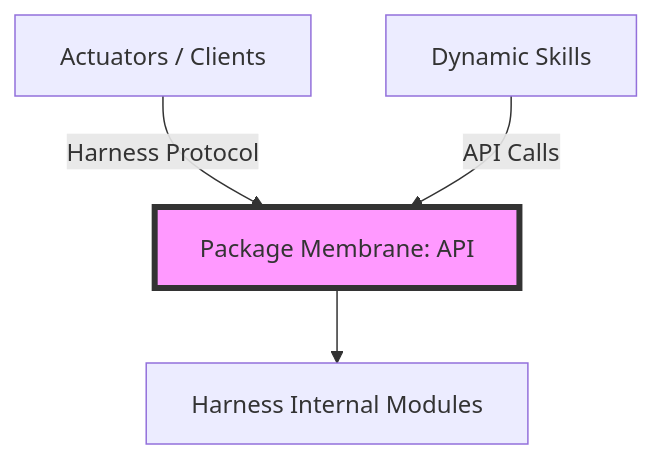
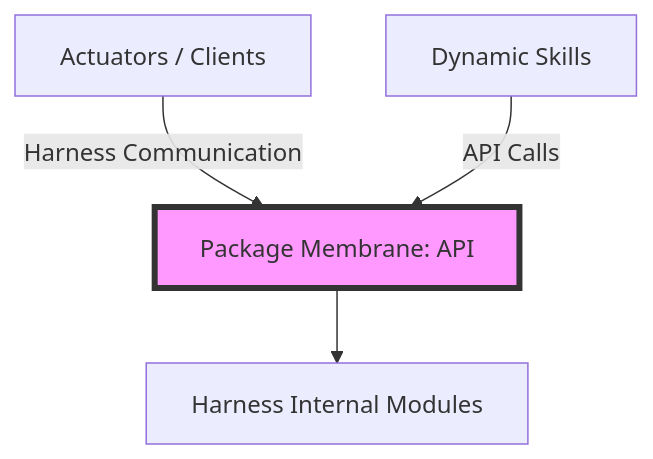
Before and after one commit to amrgharbeia/opencortex: the diagram in literate/package.org, drawn with Mermaid. The commit also changed other lines of this file and 83 other files, not shown here.

Commit message:
ALIGN: Rename Protocol to Communication and unify terminology

```diff
--- a/literate/package.org
+++ b/literate/package.org
@@ -12,7 +12,7 @@
 #+begin_src mermaid
 flowchart TD
-    External[Actuators / Clients] -- Harness Protocol --> Package[Package Membrane: API]
+    External[Actuators / Clients] -- Harness Communication --> Package[Package Membrane: API]
     Skills[Dynamic Skills] -- API Calls --> Package
     Package --> Internal[Harness Internal Modules]
     style Package fill:#f9f,stroke:#333,stroke-width:4px
 #+end_src
```
